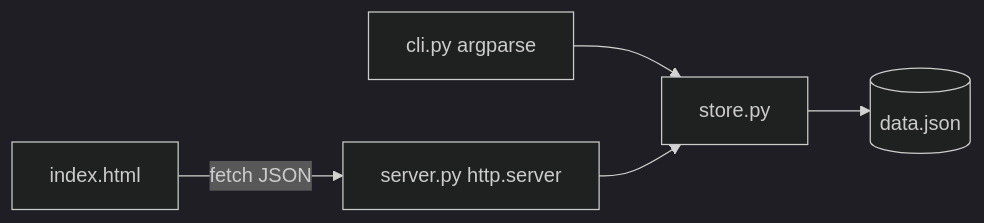
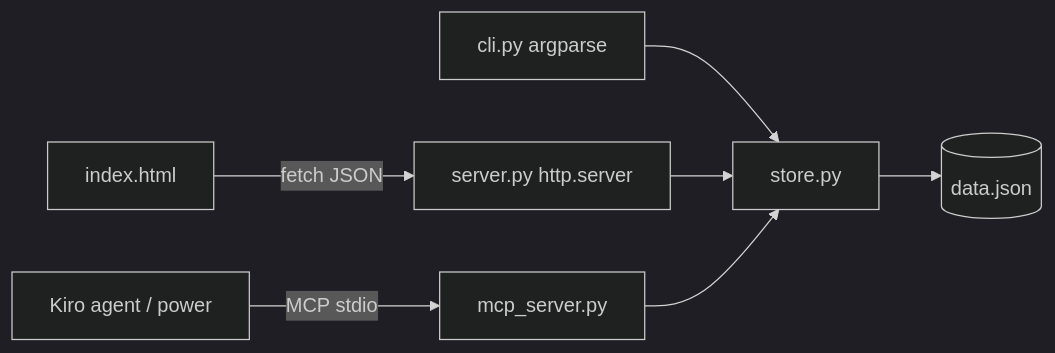
The diagram in .kiro/specs/study-tracker/design.md (Majenayu/MAJEN), drawn with Mermaid (dark theme) before and after one commit. The commit also changed other lines of this file and 23 other files, not shown here.

Commit message:
Add MCP server, StudyStreak power, study-coach agent and property-based tests

````diff
--- a/.kiro/specs/study-tracker/design.md
+++ b/.kiro/specs/study-tracker/design.md
@@ -6,6 +7,7 @@
 ```mermaid
 flowchart LR
   CLI[cli.py argparse] --> Store[store.py]
   Web[index.html] -->|fetch JSON| Server[server.py http.server] --> Store
+  Kiro[Kiro agent / power] -->|MCP stdio| MCP[mcp_server.py] --> Store
   Store --> File[(data.json)]
 ```
````
